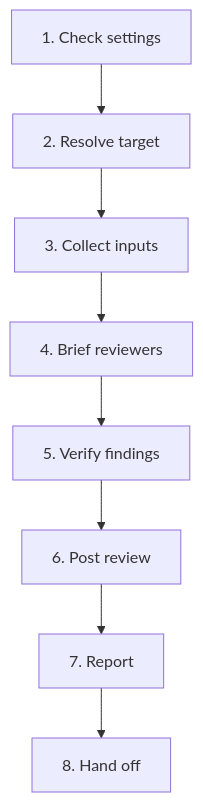
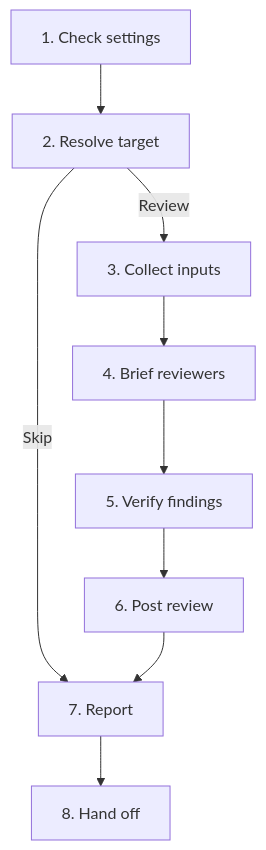
The diagram in skills/sdlc/review/SKILL.md (cultoftheai/skills), drawn with Mermaid before and after one commit. The commit also changed other lines of this file, not shown here.

Commit message:
Ask before a full review past review.max_rounds (#66)

````diff
--- a/skills/sdlc/review/SKILL.md
+++ b/skills/sdlc/review/SKILL.md
@@ -27,19 +27,20 @@
 ```mermaid
 flowchart TD
     A[1. Check settings]
     B[2. Resolve target]
     C[3. Collect inputs]
     D[4. Brief reviewers]
     E[5. Verify findings]
     F[6. Post review]
     G[7. Report]
     H[8. Hand off]
 
     A --> B
-    B --> C
+    B -->|Review| C
+    B -->|Skip| G
     C --> D
     D --> E
     E --> F
     F --> G
     G --> H
 ```
````
